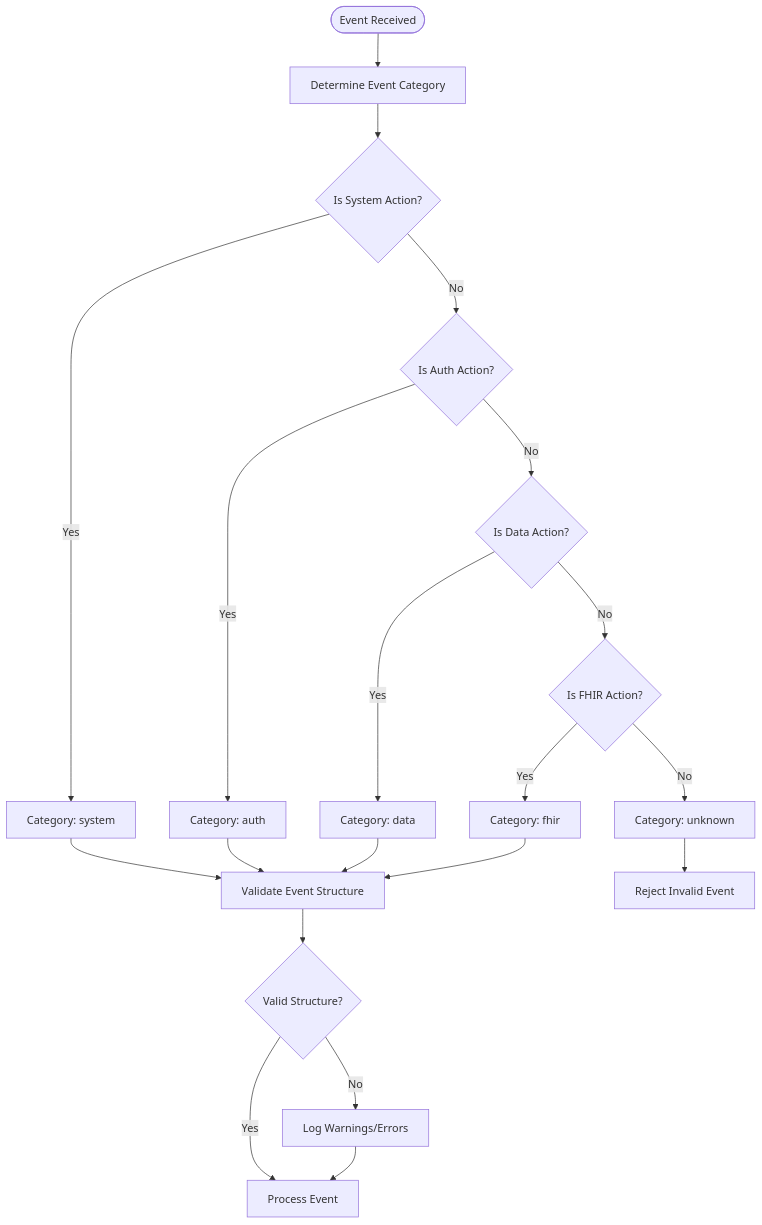
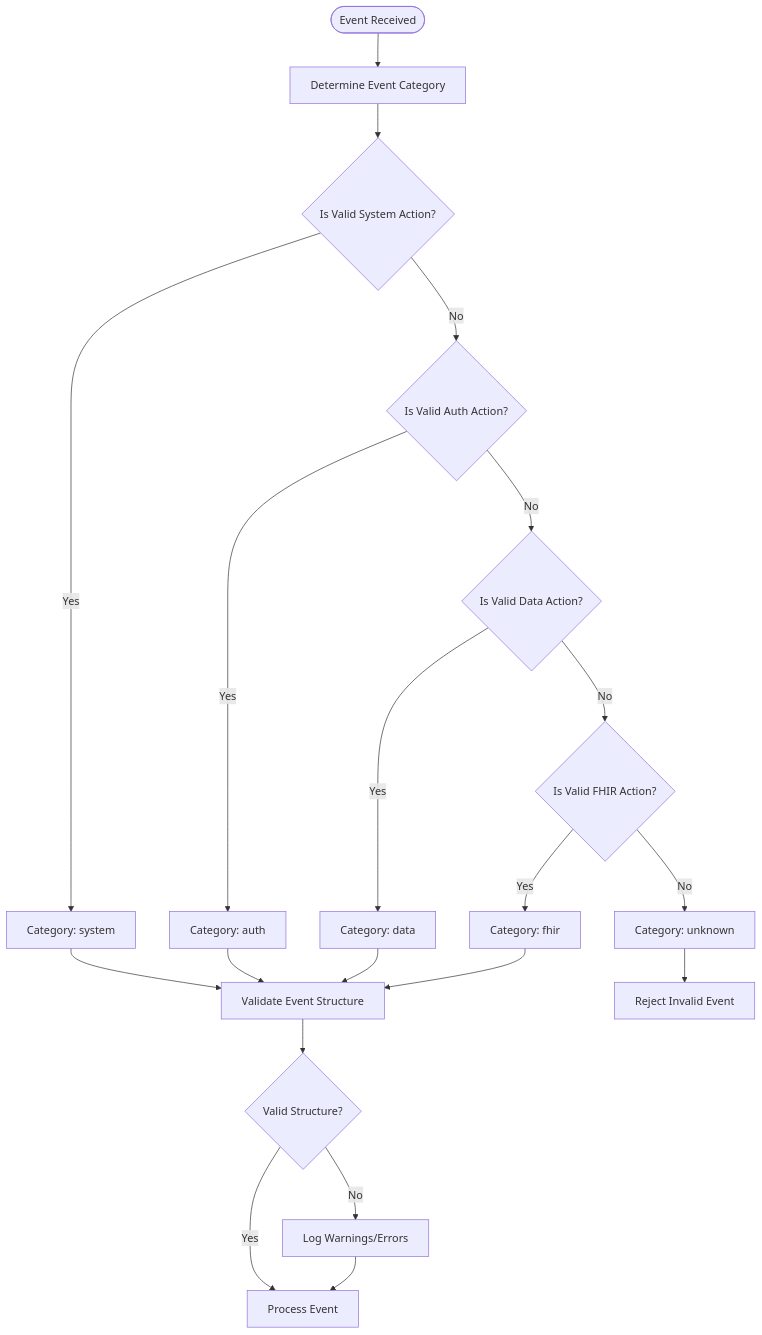
One commit to smedrec/smart-logs changed the first of 4 diagrams in .qoder/repowiki/en/content/Audit Core System/Audit Event Processing/Event Categorization Mechanism.md. Above: the diagram before and after it, drawn with Mermaid. The commit also changed other lines of this file and 10 other files, not shown here.

First line of the commit message:
docs(audit-client): update documentation to reflect new modular architecture and features

````diff
--- a/.qoder/repowiki/en/content/Audit Core System/Audit Event Processing/Event Categorization Mechanism.md
+++ b/.qoder/repowiki/en/content/Audit Core System/Audit Event Processing/Event Categorization Mechanism.md
@@ -29,22 +39,22 @@
 ```mermaid
 flowchart TD
 Start([Event Received]) --> DetermineCategory["Determine Event Category"]
-DetermineCategory --> IsSystem{"Is System Action?"}
+DetermineCategory --> IsSystem{"Is Valid System Action?"}
 IsSystem --> |Yes| CategorySystem["Category: system"]
-IsSystem --> |No| IsAuth{"Is Auth Action?"}
+IsSystem --> |No| IsAuth{"Is Valid Auth Action?"}
 IsAuth --> |Yes| CategoryAuth["Category: auth"]
-IsAuth --> |No| IsData{"Is Data Action?"}
+IsAuth --> |No| IsData{"Is Valid Data Action?"}
 IsData --> |Yes| CategoryData["Category: data"]
-IsData --> |No| IsFHIR{"Is FHIR Action?"}
+IsData --> |No| IsFHIR{"Is Valid FHIR Action?"}
 IsFHIR --> |Yes| CategoryFHIR["Category: fhir"]
 IsFHIR --> |No| CategoryUnknown["Category: unknown"]
 CategorySystem --> ValidateEvent["Validate Event Structure"]
 CategoryAuth --> ValidateEvent
 CategoryData --> ValidateEvent
 CategoryFHIR --> ValidateEvent
 CategoryUnknown --> RejectEvent["Reject Invalid Event"]
 ValidateEvent --> IsValid{"Valid Structure?"}
 IsValid --> |Yes| ProcessEvent["Process Event"]
 IsValid --> |No| LogWarnings["Log Warnings/Errors"]
 LogWarnings --> ProcessEvent
 ```
````
